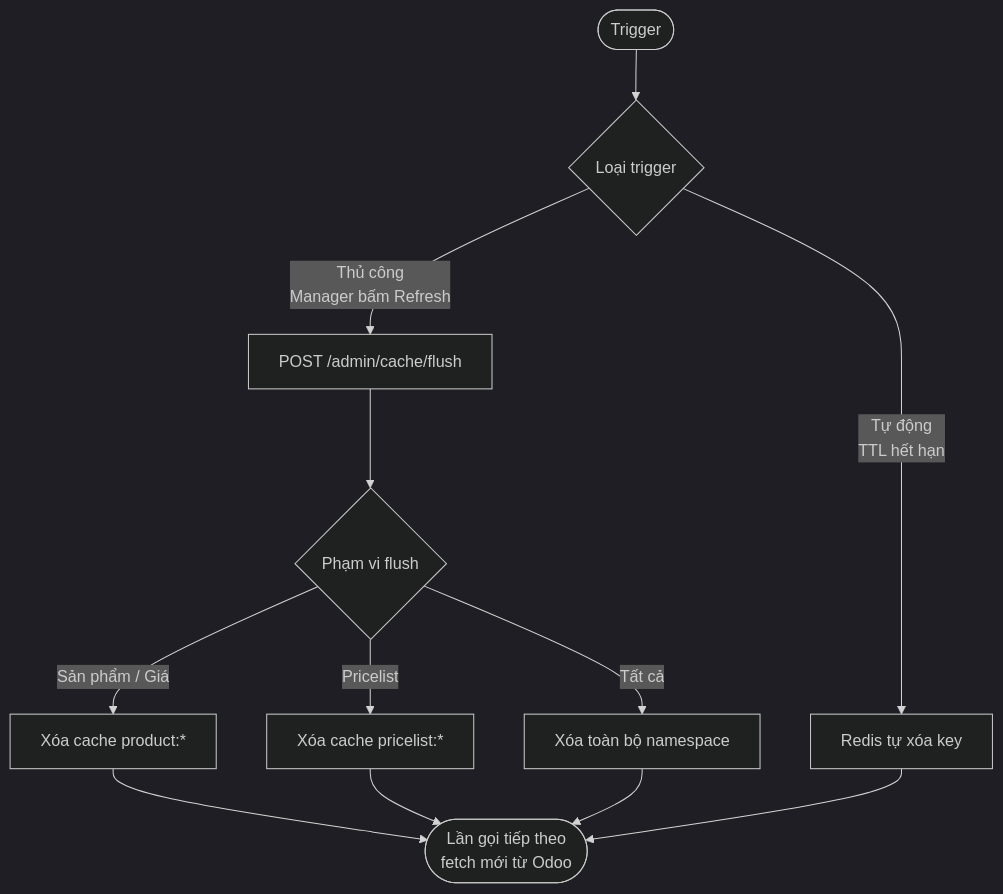
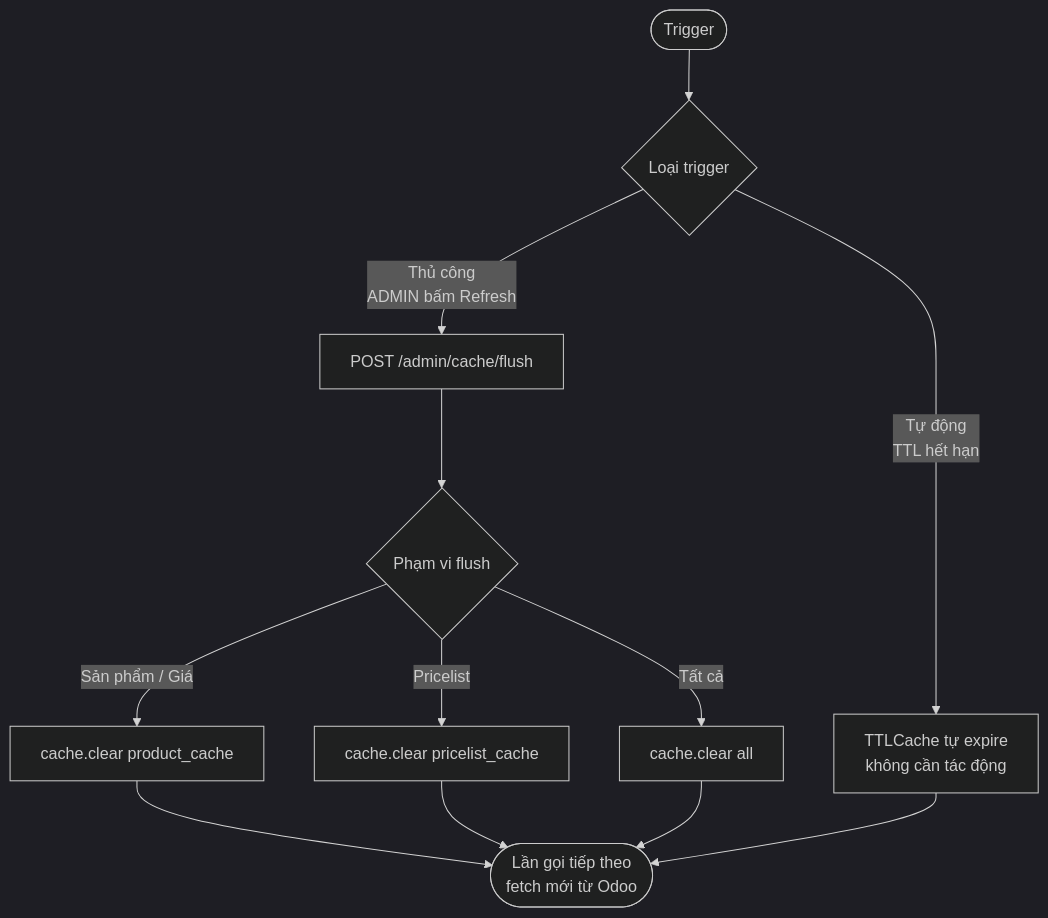
The fifth of 10 diagrams in docs/process_flow.md (ngohuuduc/VJ_mobile_POS), drawn with Mermaid (dark theme) before and after one commit. The commit also changed other lines of this file and 2 other files, not shown here.

````diff
--- a/docs/process_flow.md
+++ b/docs/process_flow.md
@@ -114,17 +115,17 @@
 ```mermaid
 flowchart TD
     A([Trigger]) --> B{Loại trigger}
 
-    B -- Thủ công\nManager bấm Refresh --> C[POST /admin/cache/flush]
-    B -- Tự động\nTTL hết hạn --> D[Redis tự xóa key]
+    B -- Thủ công\nADMIN bấm Refresh --> C[POST /admin/cache/flush]
+    B -- Tự động\nTTL hết hạn --> D[TTLCache tự expire\nkhông cần tác động]
 
     C --> E{Phạm vi flush}
-    E -- Sản phẩm / Giá --> F[Xóa cache product:*]
-    E -- Pricelist --> G[Xóa cache pricelist:*]
-    E -- Tất cả --> H[Xóa toàn bộ namespace]
+    E -- Sản phẩm / Giá --> F[cache.clear product_cache]
+    E -- Pricelist --> G[cache.clear pricelist_cache]
+    E -- Tất cả --> H[cache.clear all]
 
     F --> I([Lần gọi tiếp theo\nfetch mới từ Odoo])
     G --> I
     H --> I
     D --> I
 ```
````
